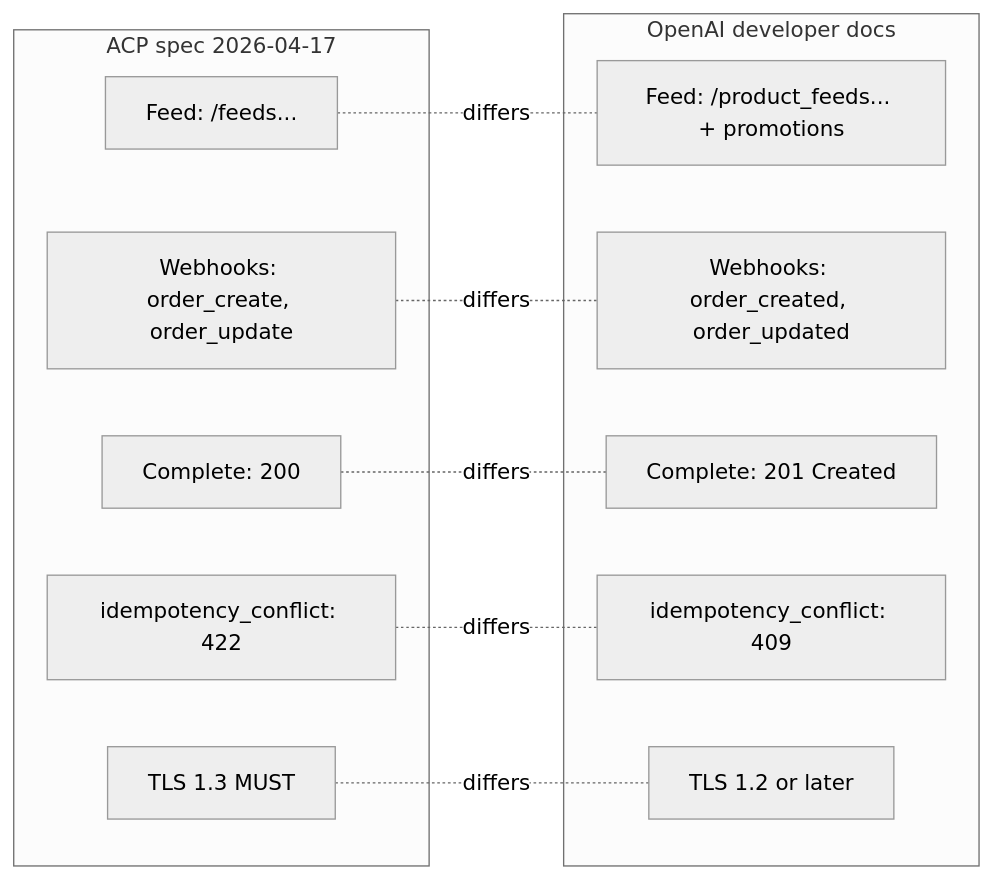
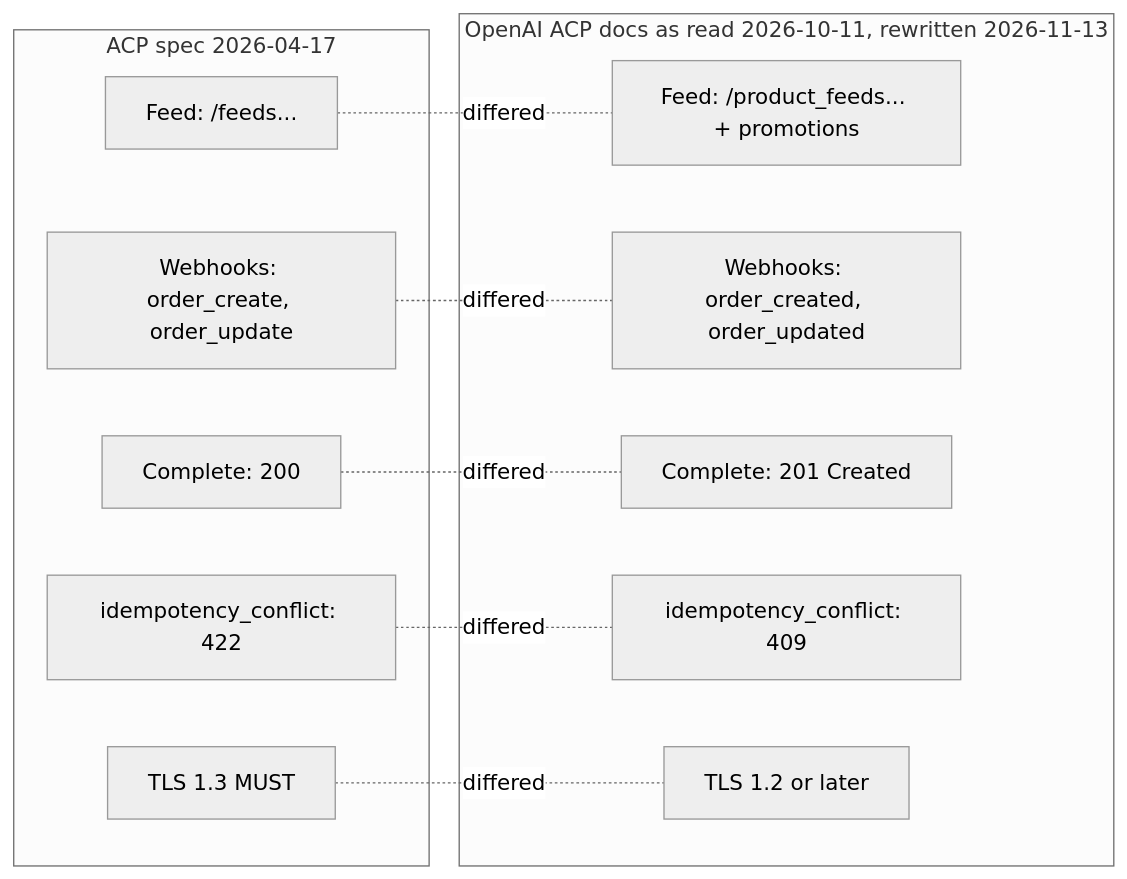
Before and after one commit to mercesAI/agentic-rails-atlas: the diagram in src/content/diagrams/openai-acp-docs-vs-spec.mmd, drawn with Mermaid (neutral theme). The commit also changed 314 other files, not shown here.

```diff
--- a/src/content/diagrams/openai-acp-docs-vs-spec.mmd
+++ b/src/content/diagrams/openai-acp-docs-vs-spec.mmd
@@ -1,20 +1,20 @@
 flowchart LR
   subgraph SPEC["ACP spec 2026-04-17"]
     S1["Feed: /feeds..."]
     S2["Webhooks: order_create, order_update"]
     S3["Complete: 200"]
     S4["idempotency_conflict: 422"]
     S5["TLS 1.3 MUST"]
   end
-  subgraph DOCS["OpenAI developer docs"]
+  subgraph DOCS["OpenAI ACP docs as read 2026-10-11, rewritten 2026-11-13"]
     D1["Feed: /product_feeds... + promotions"]
     D2["Webhooks: order_created, order_updated"]
     D3["Complete: 201 Created"]
     D4["idempotency_conflict: 409"]
     D5["TLS 1.2 or later"]
   end
-  S1 -. "differs" .- D1
-  S2 -. "differs" .- D2
-  S3 -. "differs" .- D3
-  S4 -. "differs" .- D4
-  S5 -. "differs" .- D5
+  S1 -. "differed" .- D1
+  S2 -. "differed" .- D2
+  S3 -. "differed" .- D3
+  S4 -. "differed" .- D4
+  S5 -. "differed" .- D5
```
